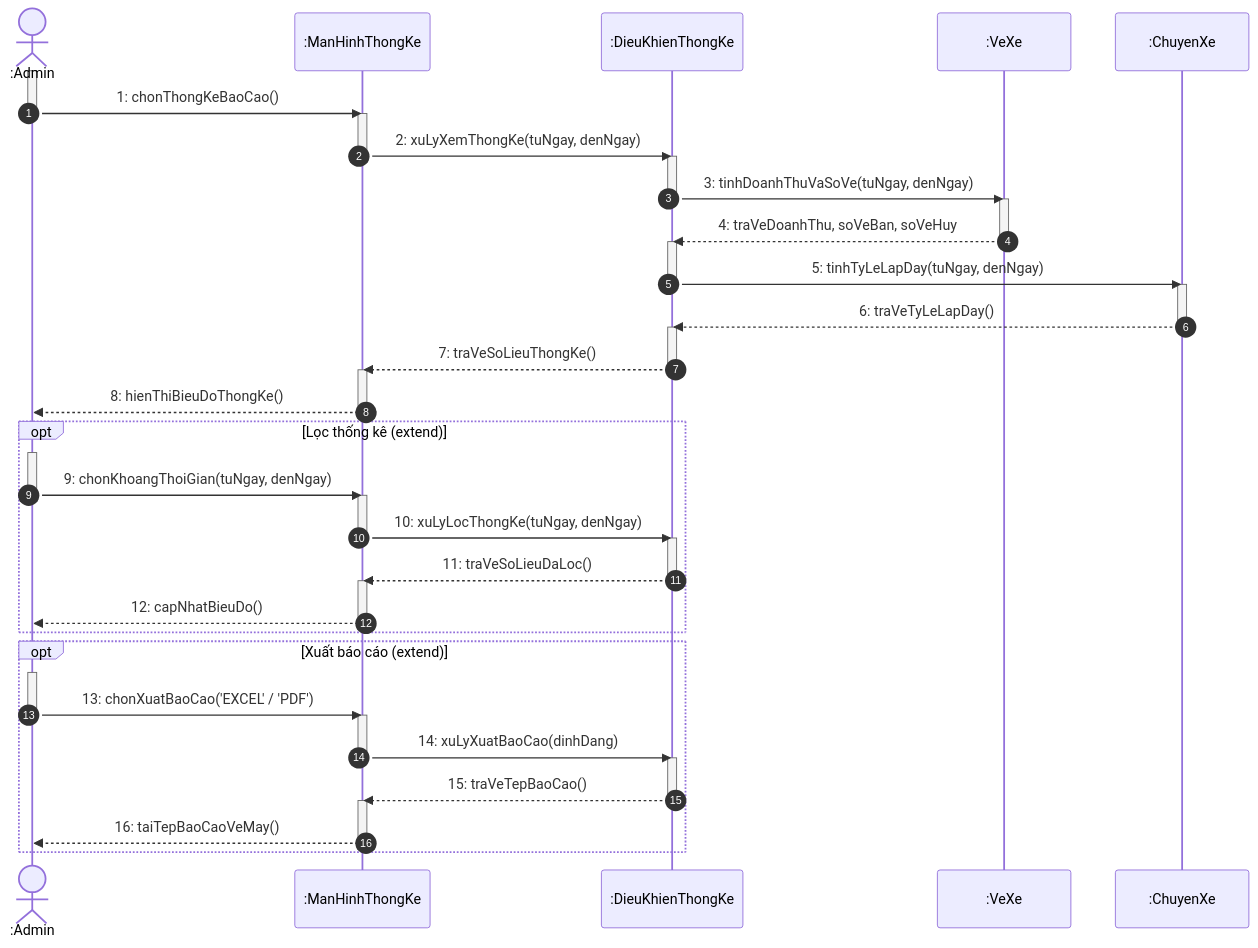
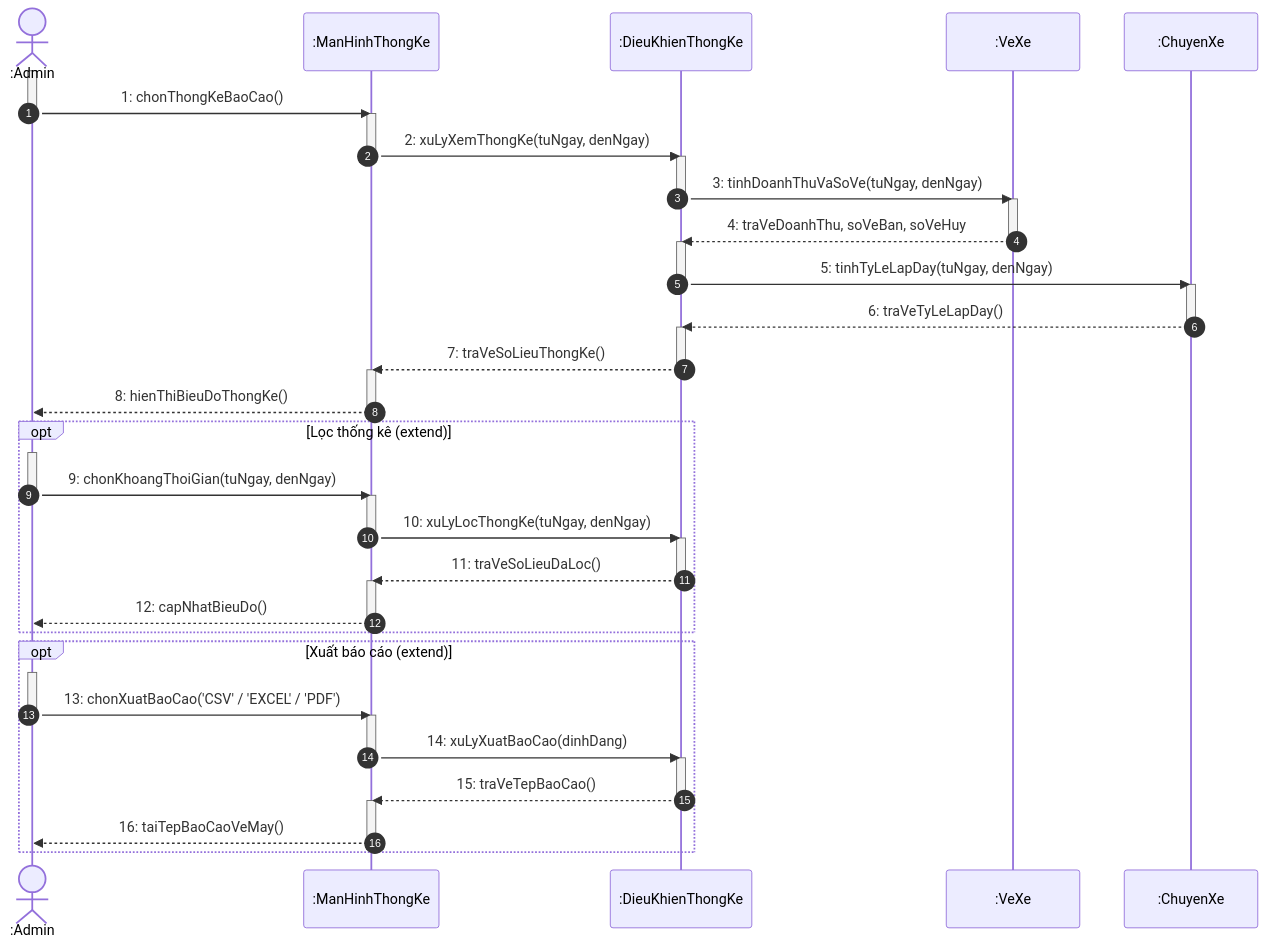
One commit to Longcodepro/Project_OOAD_HK1_2026-2027 changed diagram 19 of 20 in docs/sequence/Sequence_diagram.md. Above: the diagram before and after it, drawn with Mermaid. The commit also changed other lines of this file and 3 other files, not shown here.

Commit message:
docs(diagram): cập nhật RDM, sơ đồ lớp và tuần tự theo phần đã làm thêm

````diff
--- a/docs/sequence/Sequence_diagram.md
+++ b/docs/sequence/Sequence_diagram.md
@@ -1506,67 +1579,67 @@
 ```mermaid
 sequenceDiagram
     autonumber
     actor AD as :Admin
     participant MH as :ManHinhThongKe
     participant DK as :DieuKhienThongKe
     participant VE as :VeXe
     participant CX as :ChuyenXe
 
     %% Luồng 1: Xem Dashboard thống kê
     activate AD
     AD ->> MH: 1: chonThongKeBaoCao()
     deactivate AD
     activate MH
     MH ->> DK: 2: xuLyXemThongKe(tuNgay, denNgay)
     deactivate MH
     activate DK
     DK ->> VE: 3: tinhDoanhThuVaSoVe(tuNgay, denNgay)
     deactivate DK
     activate VE
     VE -->> DK: 4: traVeDoanhThu, soVeBan, soVeHuy
     deactivate VE
     activate DK
     DK ->> CX: 5: tinhTyLeLapDay(tuNgay, denNgay)
     deactivate DK
     activate CX
     CX -->> DK: 6: traVeTyLeLapDay()
     deactivate CX
     activate DK
     DK -->> MH: 7: traVeSoLieuThongKe()
     deactivate DK
     activate MH
     MH -->> AD: 8: hienThiBieuDoThongKe()
     deactivate MH
 
     %% Luồng 2: Lọc khoảng thời gian
     opt Lọc thống kê (extend)
         activate AD
         AD ->> MH: 9: chonKhoangThoiGian(tuNgay, denNgay)
         deactivate AD
         activate MH
         MH ->> DK: 10: xuLyLocThongKe(tuNgay, denNgay)
         deactivate MH
         activate DK
         DK -->> MH: 11: traVeSoLieuDaLoc()
         deactivate DK
         activate MH
         MH -->> AD: 12: capNhatBieuDo()
         deactivate MH
     end
 
     %% Luồng 3: Xuất báo cáo Excel / PDF
     opt Xuất báo cáo (extend)
         activate AD
-        AD ->> MH: 13: chonXuatBaoCao('EXCEL' / 'PDF')
+        AD ->> MH: 13: chonXuatBaoCao('CSV' / 'EXCEL' / 'PDF')
         deactivate AD
         activate MH
         MH ->> DK: 14: xuLyXuatBaoCao(dinhDang)
         deactivate MH
         activate DK
         DK -->> MH: 15: traVeTepBaoCao()
         deactivate DK
         activate MH
         MH -->> AD: 16: taiTepBaoCaoVeMay()
         deactivate MH
     end
 ```
````
